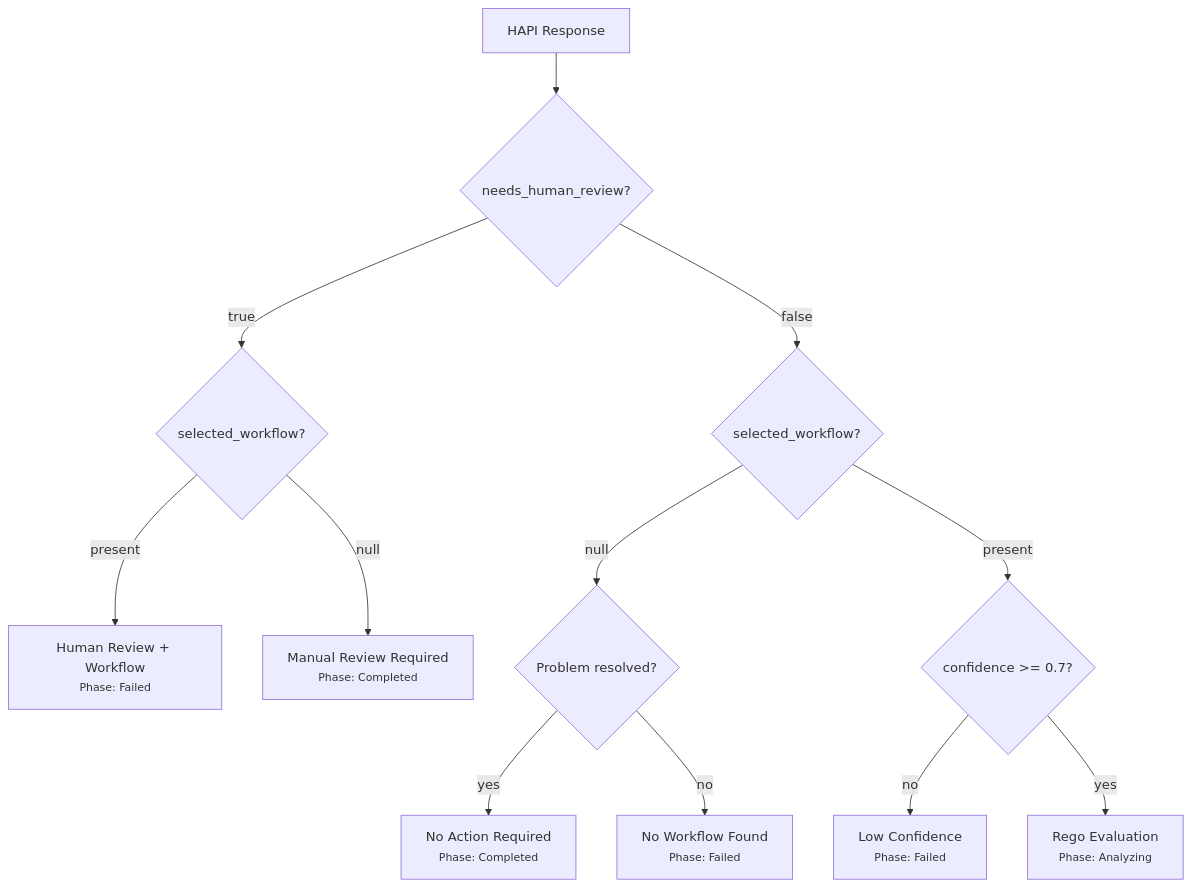
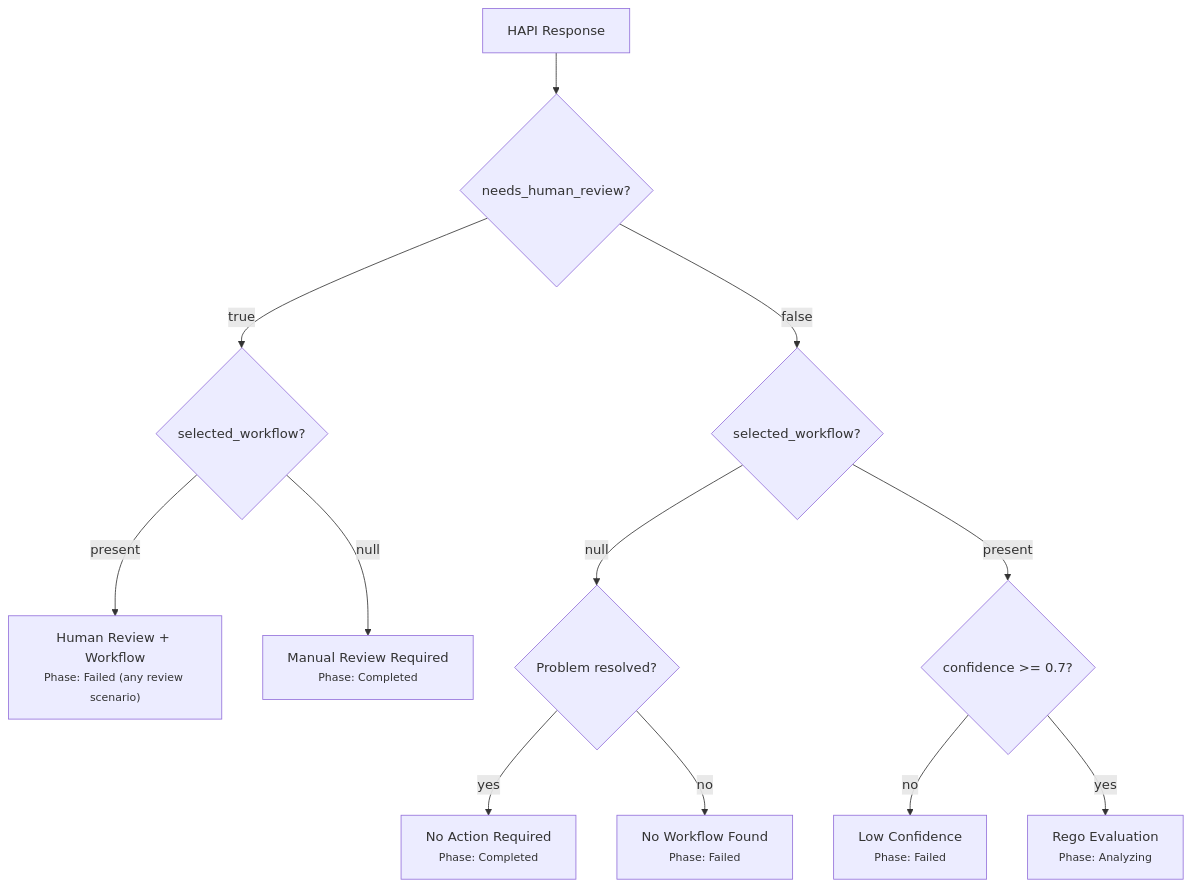
Before and after one commit to jordigilh/kubernaut-docs: the third of 3 diagrams in docs/architecture/hapi-investigation.md, drawn with Mermaid. The commit also changed other lines of this file and 1 other file, not shown here.

First line of the commit message:
fix(architecture): fix HAPI tier queries, add 9th outcome, fix Verifying diagram, separate IneffectiveChain

````diff
--- a/docs/architecture/hapi-investigation.md
+++ b/docs/architecture/hapi-investigation.md
@@ -413,14 +413,14 @@
 ```mermaid
 flowchart TD
     HAPI["HAPI Response"] --> NHR{"needs_human_review?"}
     NHR -->|true| HasWFReview{"selected_workflow?"}
-    HasWFReview -->|present| HRFailed["Human Review + Workflow<br/><small>Phase: Failed</small>"]
+    HasWFReview -->|present| HRFailed["Human Review + Workflow<br/><small>Phase: Failed (any review scenario)</small>"]
     HasWFReview -->|null| HRCompleted["Manual Review Required<br/><small>Phase: Completed</small>"]
     NHR -->|false| HasWF{"selected_workflow?"}
     HasWF -->|null| Resolved{"Problem resolved?"}
     HasWF -->|present| Confidence{"confidence >= 0.7?"}
     Resolved -->|yes| NoAction["No Action Required<br/><small>Phase: Completed</small>"]
     Resolved -->|no| NoWFFailure["No Workflow Found<br/><small>Phase: Failed</small>"]
     Confidence -->|no| LowConf["Low Confidence<br/><small>Phase: Failed</small>"]
     Confidence -->|yes| Rego["Rego Evaluation<br/><small>Phase: Analyzing</small>"]
 ```
````
